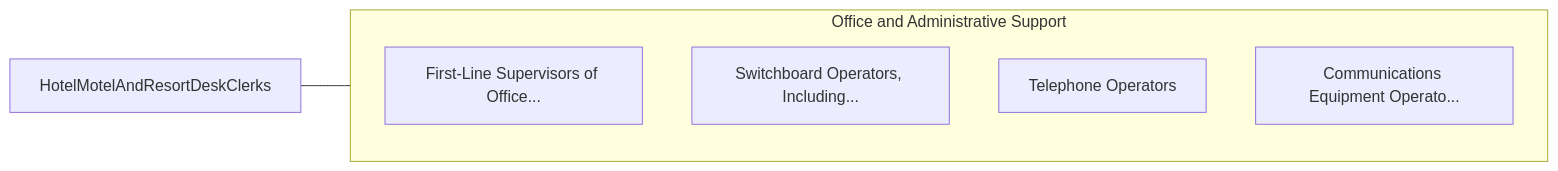
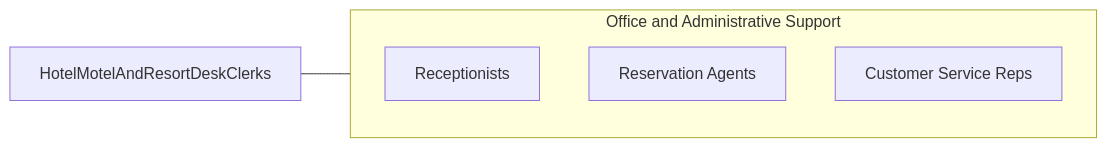
Before and after one commit to kziemski/business.org.ai: the third of 3 diagrams in occupations/Administrative/HotelMotelAndResortDeskClerks.mdx, drawn with Mermaid. The commit also changed other lines of this file and 938 other files, not shown here.

````diff
--- a/occupations/Administrative/HotelMotelAndResortDeskClerks.mdx
+++ b/occupations/Administrative/HotelMotelAndResortDeskClerks.mdx
@@ -101,13 +105,10 @@
 ```mermaid
 graph LR
     Current["HotelMotelAndResortDeskClerks"]
-
     subgraph SameCategory["Office and Administrative Support"]
-        FirstLineSupervisors["First-Line Supervisors of Office..."]
-        SwitchboardOperators["Switchboard Operators, Including..."]
-        TelephoneOperators["Telephone Operators"]
-        CommunicationsEquipm["Communications Equipment Operato..."]
+        RReceptionists["Receptionists"]
+        RReservationAgents["Reservation Agents"]
+        RCustomerServiceReps["Customer Service Reps"]
     end
-
     Current --- SameCategory
 ```
````
